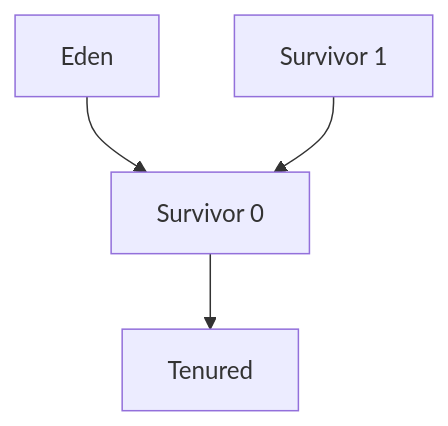
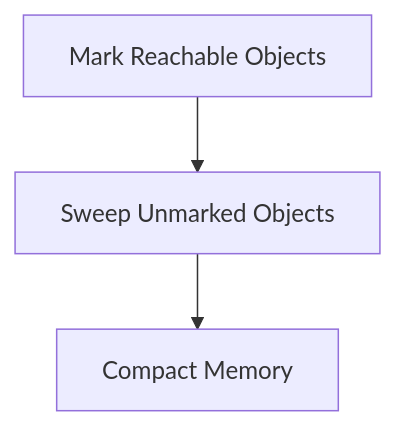
The diagram in garbage-collection-algorithms/README.md (VrushankPatel/interview-matters), drawn with Mermaid before and after one commit. The commit also changed other lines of this file and 7 other files, not shown here.

````diff
--- a/garbage-collection-algorithms/README.md
+++ b/garbage-collection-algorithms/README.md
@@ -125,6 +30,5 @@
 ```mermaid
-graph TD
-    A[Eden] --> B[Survivor 0]
-    C[Survivor 1] --> B
-    B --> D[Tenured]
+flowchart TD
+    A[Mark Reachable Objects] --> B[Sweep Unmarked Objects]
+    B --> C[Compact Memory]
 ```
````
